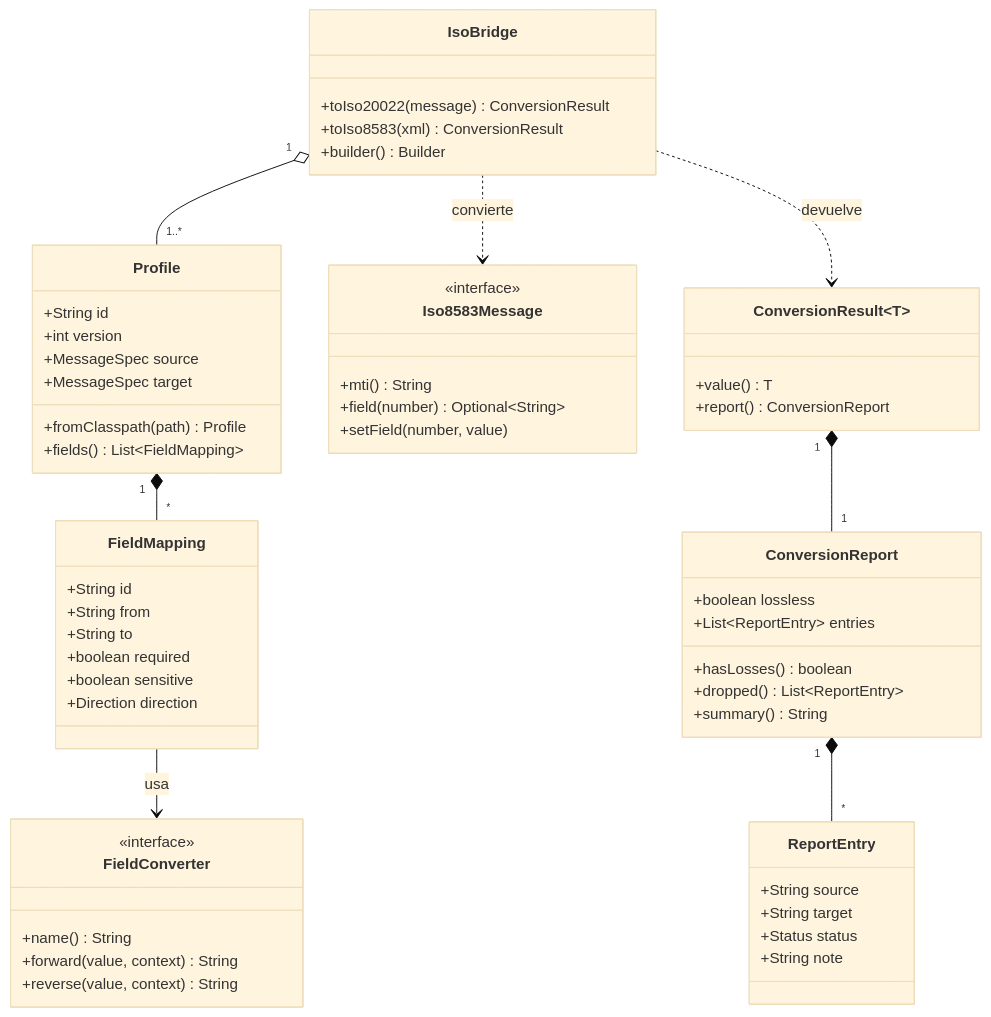
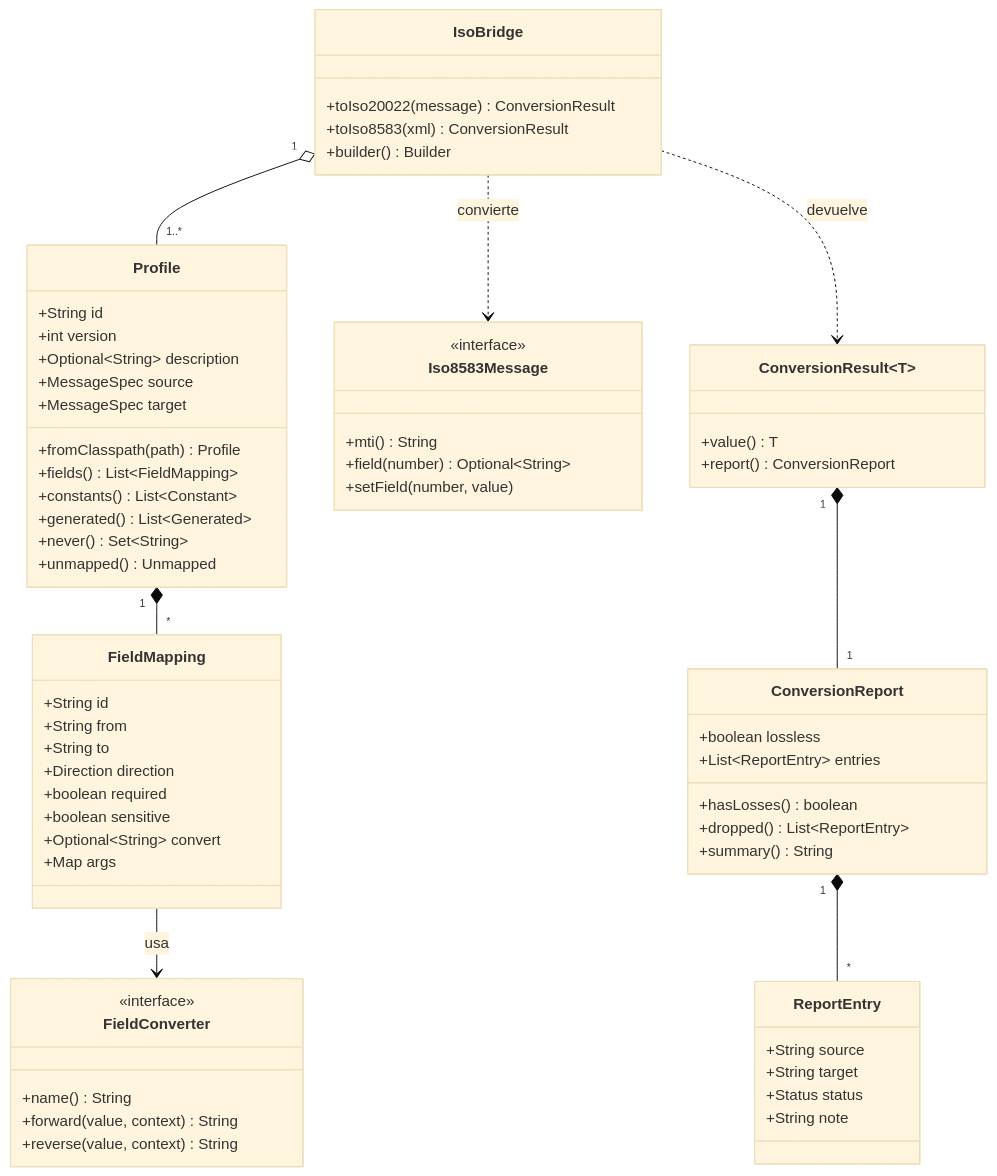
One commit to SuricatoAviones/isobridge changed the diagram in docs/03-modelo-de-clases.md. Above: the diagram before and after it, drawn with Mermaid (base theme). The commit also changed other lines of this file and 8 other files, not shown here.

````diff
--- a/docs/03-modelo-de-clases.md
+++ b/docs/03-modelo-de-clases.md
@@ -5,61 +5,68 @@
 ```mermaid
 classDiagram
   class IsoBridge {
     +toIso20022(message) ConversionResult
     +toIso8583(xml) ConversionResult
     +builder() Builder
   }
   class Profile {
     +String id
     +int version
+    +Optional~String~ description
     +MessageSpec source
     +MessageSpec target
     +fromClasspath(path) Profile
     +fields() List~FieldMapping~
+    +constants() List~Constant~
+    +generated() List~Generated~
+    +never() Set~String~
+    +unmapped() Unmapped
   }
   class FieldMapping {
     +String id
     +String from
     +String to
+    +Direction direction
     +boolean required
     +boolean sensitive
-    +Direction direction
+    +Optional~String~ convert
+    +Map args
   }
   class FieldConverter {
     <<interface>>
     +name() String
     +forward(value, context) String
     +reverse(value, context) String
   }
   class Iso8583Message {
     <<interface>>
     +mti() String
     +field(number) Optional~String~
     +setField(number, value)
   }
   class ConversionResult~T~ {
     +value() T
     +report() ConversionReport
   }
   class ConversionReport {
     +boolean lossless
     +List~ReportEntry~ entries
     +hasLosses() boolean
     +dropped() List~ReportEntry~
     +summary() String
   }
   class ReportEntry {
     +String source
     +String target
     +Status status
     +String note
   }
 
   IsoBridge "1" o-- "1..*" Profile
   Profile "1" *-- "*" FieldMapping
   FieldMapping --> FieldConverter : usa
   IsoBridge ..> Iso8583Message : convierte
   IsoBridge ..> ConversionResult : devuelve
   ConversionResult "1" *-- "1" ConversionReport
   ConversionReport "1" *-- "*" ReportEntry
 ```
````
